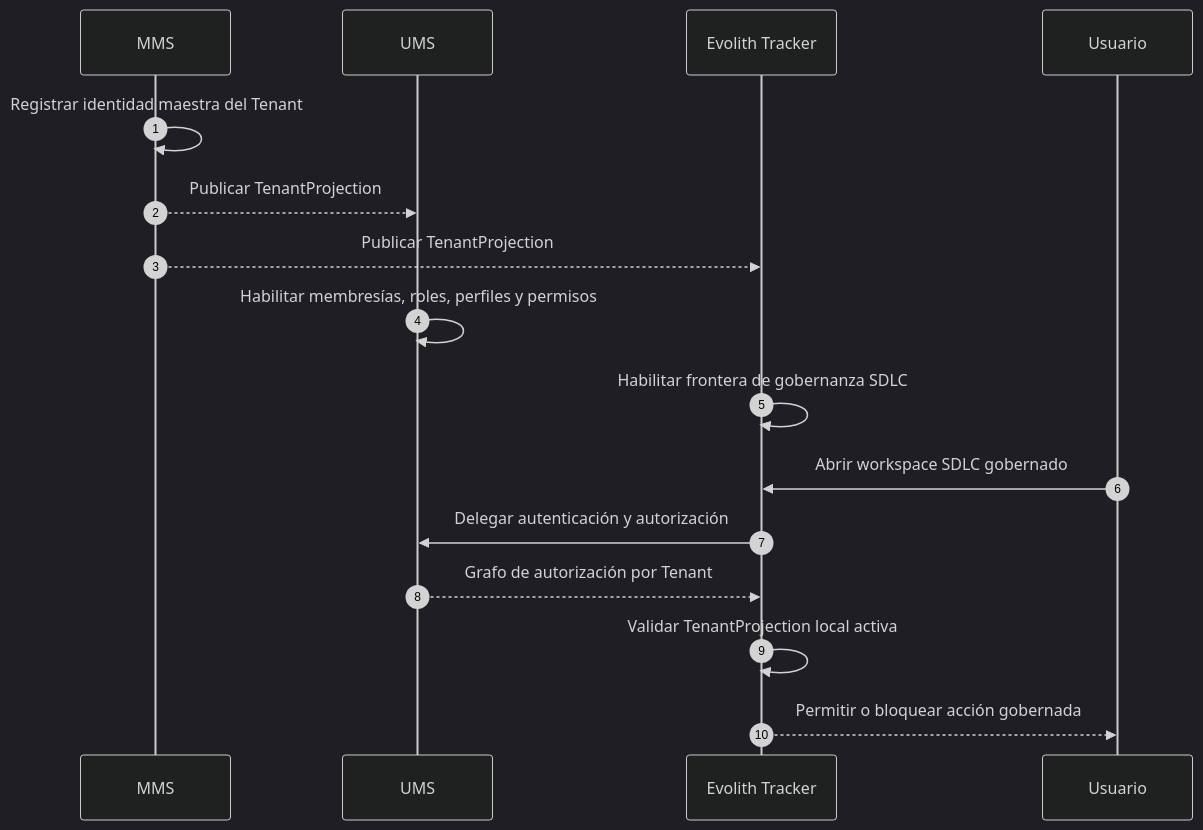
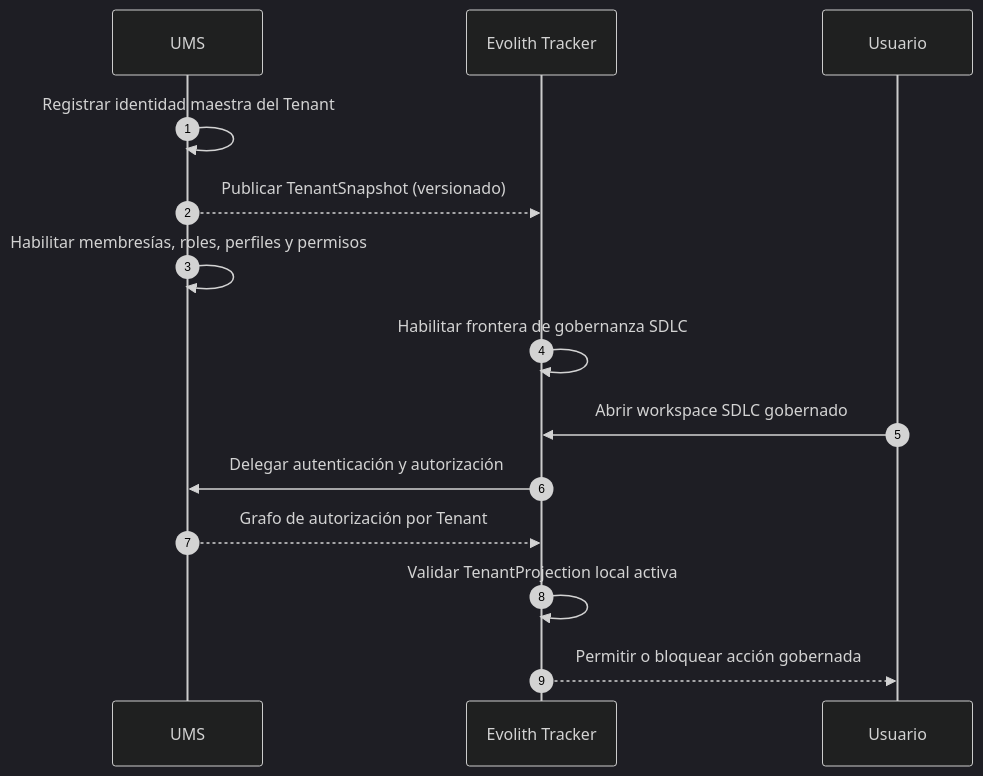
The third of 8 diagrams in product/suite/architecture/evolith-governed-composition-target-design.es.md (beyondnetcode/evolith_arch32), drawn with Mermaid (dark theme) before and after one commit. The commit also changed other lines of this file and 3 other files, not shown here.

First line of the commit message:
docs(suite): the two design documents that still drew MMS as the tenant master

````diff
--- a/product/suite/architecture/evolith-governed-composition-target-design.es.md
+++ b/product/suite/architecture/evolith-governed-composition-target-design.es.md
@@ -188,19 +185,17 @@
 ```mermaid
 sequenceDiagram
     autonumber
-    participant M as MMS
     participant U as UMS
     participant T as Evolith Tracker
     participant A as Usuario
 
-    M->>M: Registrar identidad maestra del Tenant
-    M-->>U: Publicar TenantProjection
-    M-->>T: Publicar TenantProjection
+    U->>U: Registrar identidad maestra del Tenant
+    U-->>T: Publicar TenantSnapshot (versionado)
     U->>U: Habilitar membresías, roles, perfiles y permisos
     T->>T: Habilitar frontera de gobernanza SDLC
     A->>T: Abrir workspace SDLC gobernado
     T->>U: Delegar autenticación y autorización
     U-->>T: Grafo de autorización por Tenant
     T->>T: Validar TenantProjection local activa
     T-->>A: Permitir o bloquear acción gobernada
 ```
````
